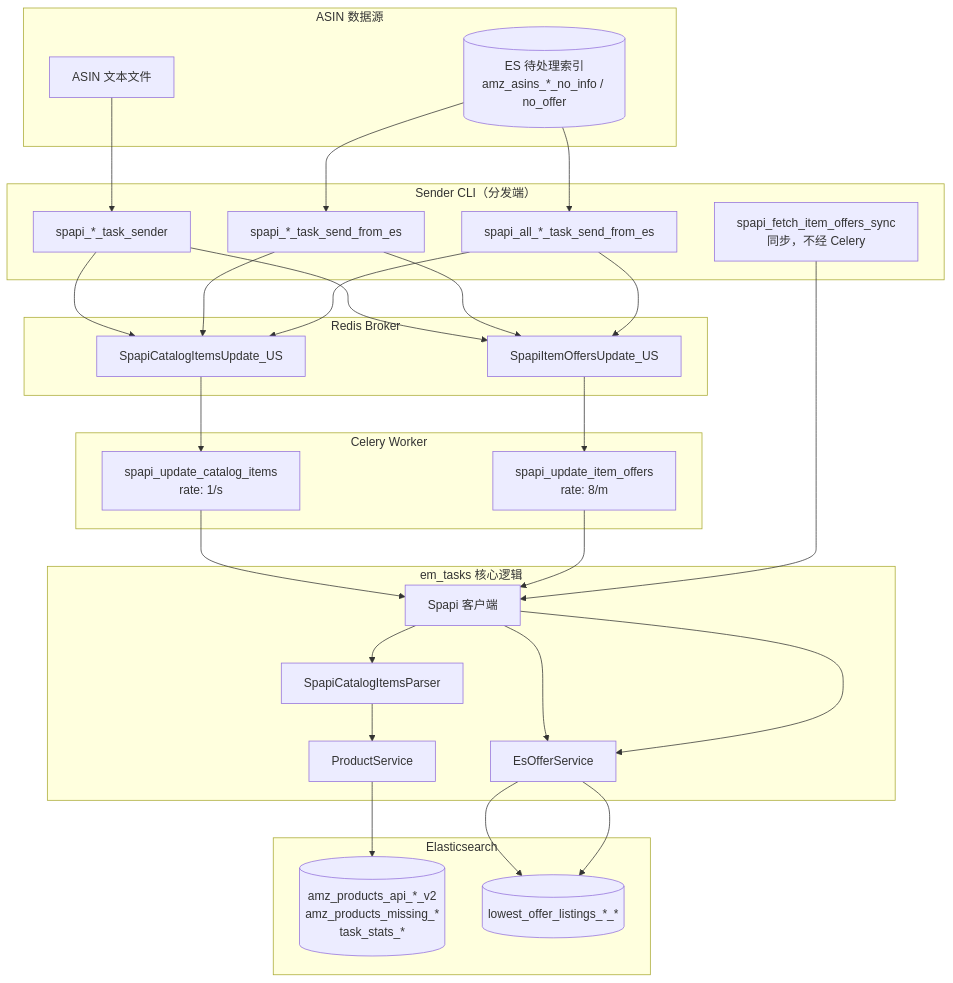
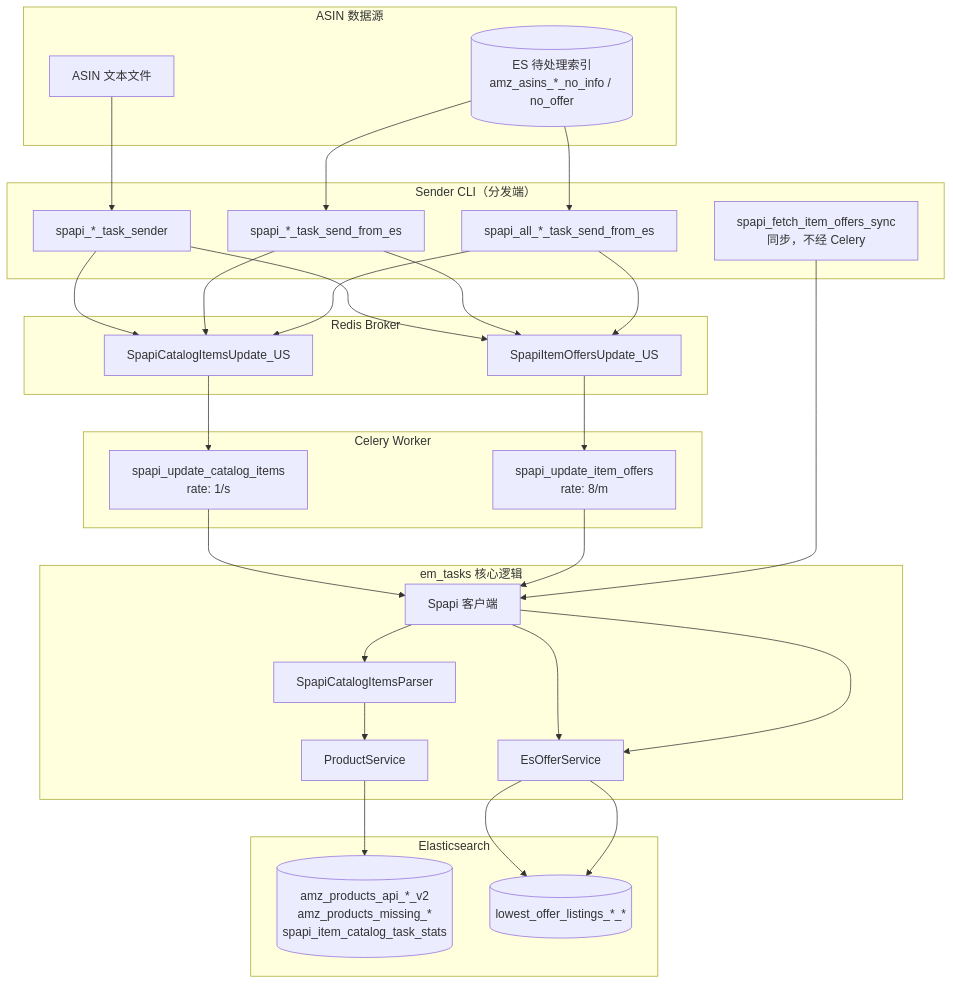
The first of 9 diagrams in docs/TECHNICAL.md (AriseshineSky/em-spapi-celery), drawn with Mermaid before and after one commit. The commit also changed other lines of this file and 6 other files, not shown here.

First line of the commit message:
Unify catalog and offer task stats into shared ES indices.

````diff
--- a/docs/TECHNICAL.md
+++ b/docs/TECHNICAL.md
@@ -32,48 +32,48 @@
 ```mermaid
 flowchart TB
     subgraph Sources["ASIN 数据源"]
         F[ASIN 文本文件]
         ES_IN[(ES 待处理索引<br/>amz_asins_*_no_info / no_offer)]
     end
 
     subgraph Senders["Sender CLI（分发端）"]
         S_FILE[spapi_*_task_sender]
         S_ES[spapi_*_task_send_from_es]
         S_ALL[spapi_all_*_task_send_from_es]
         S_SYNC[spapi_fetch_item_offers_sync<br/>同步，不经 Celery]
     end
 
     subgraph Broker["Redis Broker"]
         Q_CAT[SpapiCatalogItemsUpdate_US]
         Q_OFF[SpapiItemOffersUpdate_US]
     end
 
     subgraph Worker["Celery Worker"]
         T_CAT[spapi_update_catalog_items<br/>rate: 1/s]
         T_OFF[spapi_update_item_offers<br/>rate: 8/m]
     end
 
     subgraph Core["em_tasks 核心逻辑"]
         SPAPI[Spapi 客户端]
         PARSER[SpapiCatalogItemsParser]
         PS[ProductService]
         OS[EsOfferService]
     end
 
     subgraph Storage["Elasticsearch"]
-        ES_CAT[(amz_products_api_*_v2<br/>amz_products_missing_*<br/>task_stats_*)]
+        ES_CAT[(amz_products_api_*_v2<br/>amz_products_missing_*<br/>spapi_item_catalog_task_stats)]
         ES_OFF[(lowest_offer_listings_*_*)]
     end
 
     F --> S_FILE
     ES_IN --> S_ES
     ES_IN --> S_ALL
     S_FILE --> Q_CAT & Q_OFF
     S_ES --> Q_CAT & Q_OFF
     S_ALL --> Q_CAT & Q_OFF
     Q_CAT --> T_CAT
     Q_OFF --> T_OFF
     T_CAT --> SPAPI --> PARSER --> PS --> ES_CAT
     T_OFF --> SPAPI --> OS --> ES_OFF
     S_SYNC --> SPAPI --> OS --> ES_OFF
 ```
````
